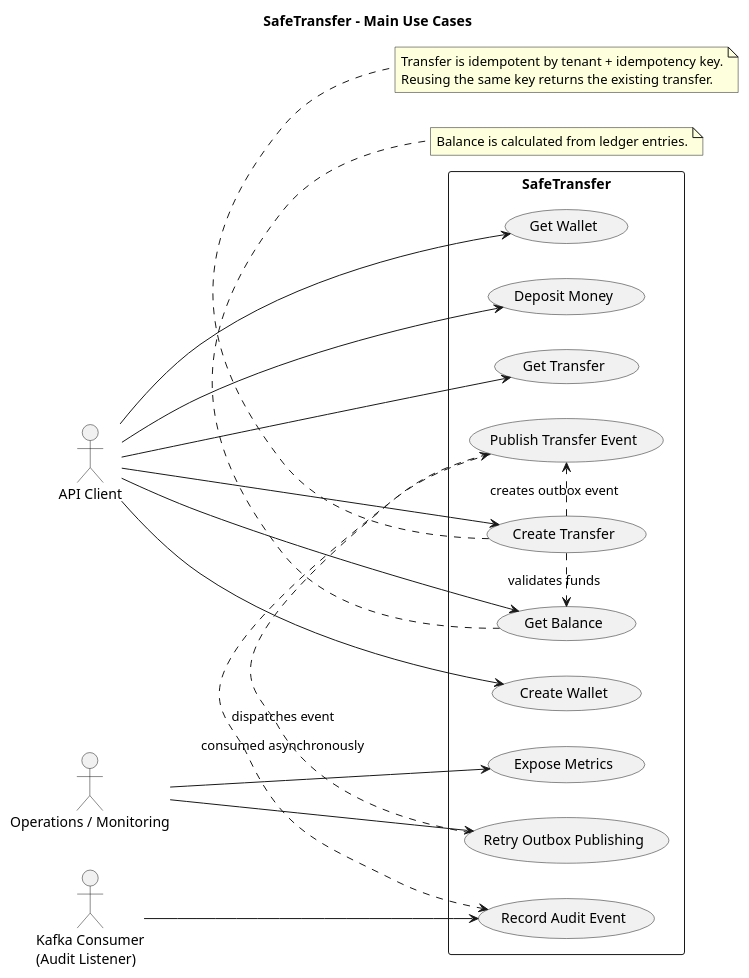
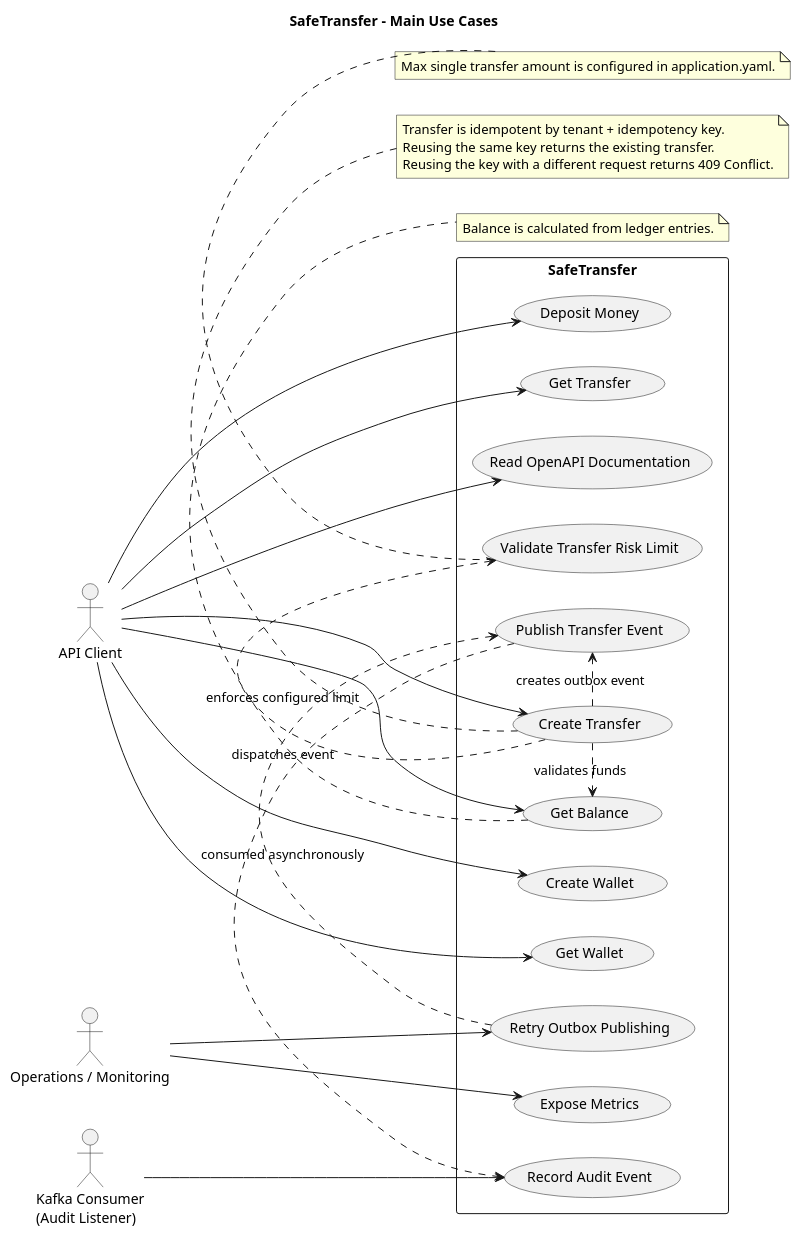
One commit to ngnowak/safe-transfer changed the diagram in architecture/use-cases.puml. Above: the diagram before and after it, drawn with PlantUML. The commit also changed 7 other files, not shown here.

Commit message:
XXX(007): update diagram

```diff
--- a/architecture/use-cases.puml
+++ b/architecture/use-cases.puml
@@ -1,49 +1,58 @@
 @startuml SafeTransfer Use Cases
 title SafeTransfer - Main Use Cases
 
 left to right direction
 skinparam shadowing false
 
 actor "API Client" as Client
 actor "Operations / Monitoring" as Ops
 actor "Kafka Consumer\n(Audit Listener)" as KafkaConsumer
 
 rectangle "SafeTransfer" {
   usecase "Create Wallet" as UC_CreateWallet
   usecase "Get Wallet" as UC_GetWallet
   usecase "Get Balance" as UC_GetBalance
   usecase "Deposit Money" as UC_Deposit
   usecase "Create Transfer" as UC_Transfer
+  usecase "Validate Transfer Risk Limit" as UC_RiskLimit
   usecase "Get Transfer" as UC_GetTransfer
+  usecase "Read OpenAPI Documentation" as UC_OpenApi
   usecase "Retry Outbox Publishing" as UC_Outbox
   usecase "Publish Transfer Event" as UC_Publish
   usecase "Record Audit Event" as UC_Audit
   usecase "Expose Metrics" as UC_Metrics
 }
 
 Client --> UC_CreateWallet
 Client --> UC_GetWallet
 Client --> UC_GetBalance
 Client --> UC_Deposit
 Client --> UC_Transfer
 Client --> UC_GetTransfer
+Client --> UC_OpenApi
 
 UC_Transfer .> UC_GetBalance : validates funds
+UC_Transfer .> UC_RiskLimit : enforces configured limit
 UC_Transfer .> UC_Publish : creates outbox event
 UC_Outbox .> UC_Publish : dispatches event
 UC_Publish .> UC_Audit : consumed asynchronously
 
 KafkaConsumer --> UC_Audit
 Ops --> UC_Metrics
 Ops --> UC_Outbox
 
 note bottom of UC_Transfer
   Transfer is idempotent by tenant + idempotency key.
   Reusing the same key returns the existing transfer.
+  Reusing the key with a different request returns 409 Conflict.
+end note
+
+note bottom of UC_RiskLimit
+  Max single transfer amount is configured in application.yaml.
 end note
 
 note bottom of UC_GetBalance
   Balance is calculated from ledger entries.
 end note
 
 @enduml
```
